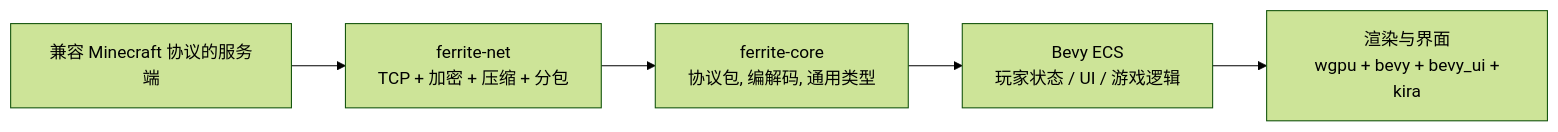
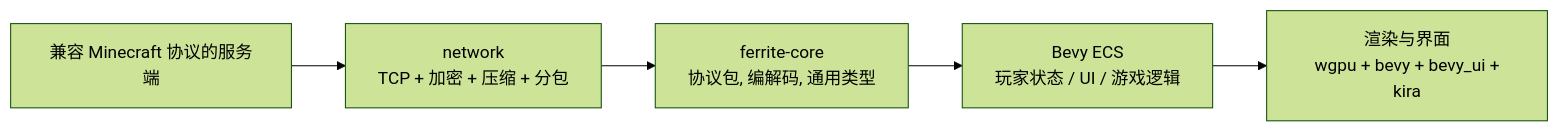
One commit to Nahida-aa/ferrite-rs changed the diagram in README.md. Above: the diagram before and after it, drawn with Mermaid (forest theme). The commit also changed other lines of this file and 63 other files, not shown here.

````diff
--- a/README.md
+++ b/README.md
@@ -11,7 +11,7 @@
 ```mermaid
 flowchart LR
-	MC[兼容 Minecraft 协议的服务端] --> NET[ferrite-net\n TCP + 加密 + 压缩 + 分包]
+	MC[兼容 Minecraft 协议的服务端] --> NET[network\n TCP + 加密 + 压缩 + 分包]
 	NET --> CORE[ferrite-core\n 协议包, 编解码, 通用类型]
 	CORE --> ECS[Bevy ECS\n 玩家状态 / UI / 游戏逻辑]
 	ECS --> RENDER[渲染与界面\n wgpu + bevy + bevy_ui + kira]
 ```
````
